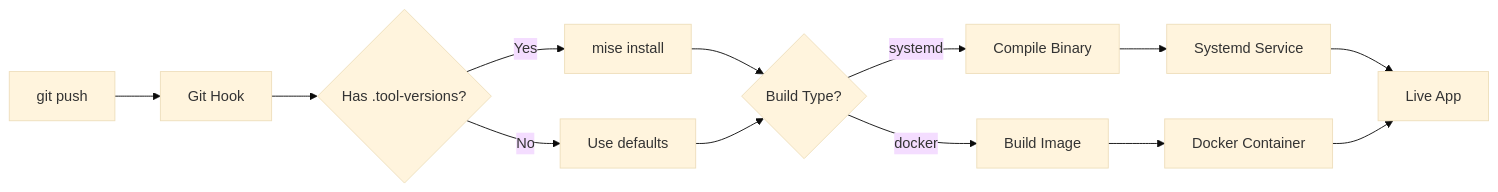
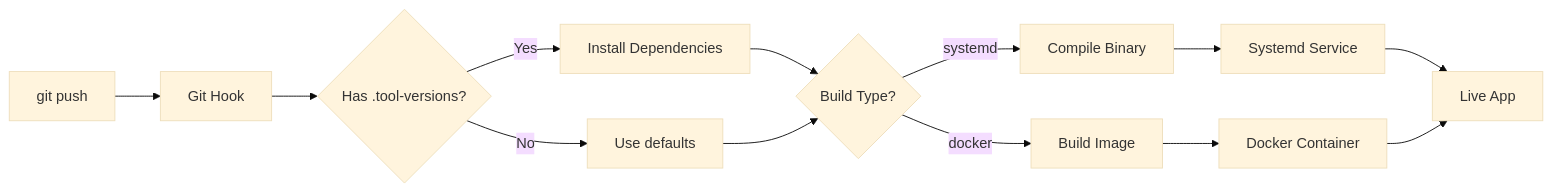
Before and after one commit to thadeu/gokku: the diagram in docs/guide/what-is-gokku.md, drawn with Mermaid (base theme). The commit also changed other lines of this file and 55 other files, not shown here.

````diff
--- a/docs/guide/what-is-gokku.md
+++ b/docs/guide/what-is-gokku.md
@@ -26,15 +24,15 @@
 ```mermaid
 graph LR
     A[git push] --> B[Git Hook]
     B --> C{Has .tool-versions?}
-    C -->|Yes| D[mise install]
+    C -->|Yes| D[Install Dependencies]
     C -->|No| E[Use defaults]
     D --> F{Build Type?}
     E --> F
     F -->|systemd| G[Compile Binary]
     F -->|docker| H[Build Image]
     G --> I[Systemd Service]
     H --> J[Docker Container]
     I --> K[Live App]
     J --> K
 ```
````
